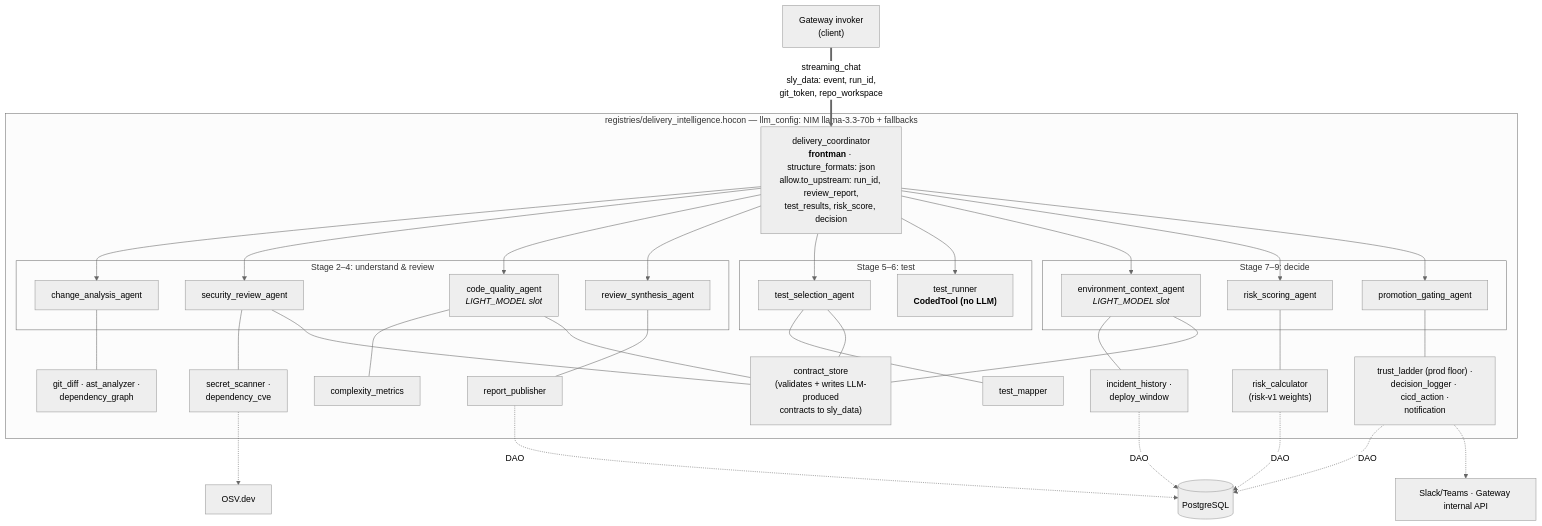
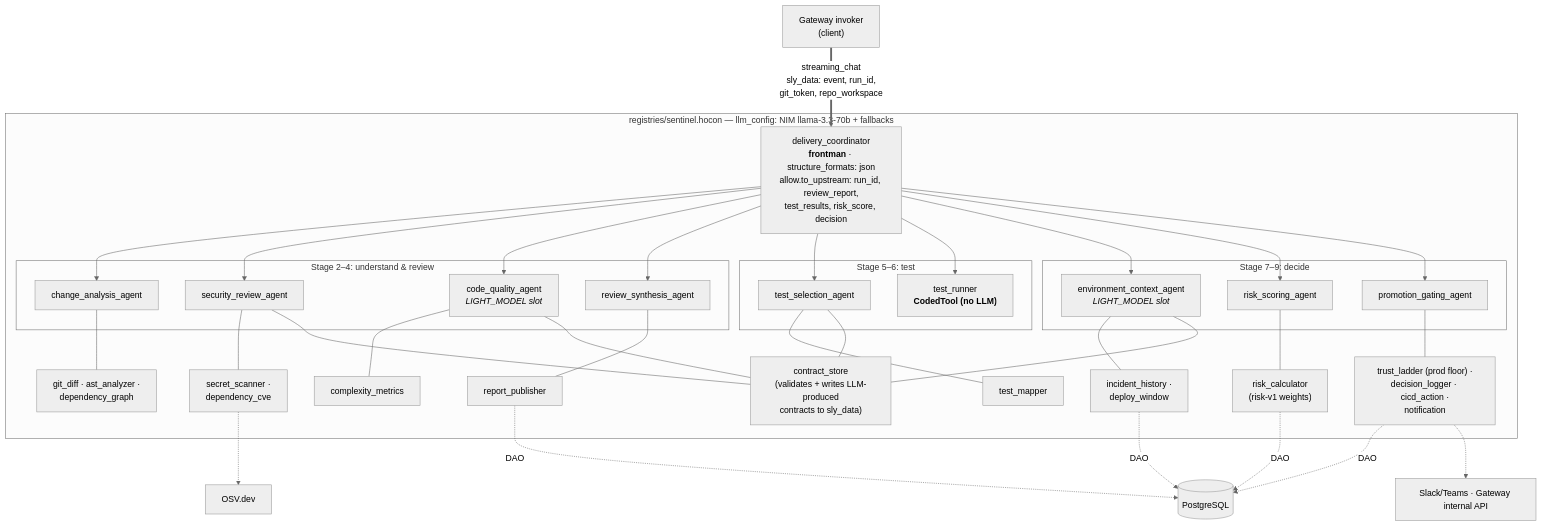
One commit to anandharshit712/Sentinel changed the third of 6 diagrams in docs/solution/05-architecture-diagram.md. Above: the diagram before and after it, drawn with Mermaid (neutral theme). The commit also changed other lines of this file and 37 other files, not shown here.

First line of the commit message:
feat: implement Sentinel foundations (rename, DB, config, contracts, libs, A6)

````diff
--- a/docs/solution/05-architecture-diagram.md
+++ b/docs/solution/05-architecture-diagram.md
@@ -96,49 +96,49 @@
 ```mermaid
 flowchart TD
     GWC["Gateway invoker<br/>(client)"] ==>|"streaming_chat<br/>sly_data: event, run_id,<br/>git_token, repo_workspace"| FM
 
-    subgraph NET["registries/delivery_intelligence.hocon — llm_config: NIM llama-3.3-70b + fallbacks"]
+    subgraph NET["registries/sentinel.hocon — llm_config: NIM llama-3.3-70b + fallbacks"]
         FM["delivery_coordinator<br/><b>frontman</b> · structure_formats: json<br/>allow.to_upstream: run_id, review_report,<br/>test_results, risk_score, decision"]
 
         subgraph STAGE_A["Stage 2–4: understand & review"]
             CA["change_analysis_agent"]
             SR["security_review_agent"]
             QR["code_quality_agent<br/><i>LIGHT_MODEL slot</i>"]
             RS["review_synthesis_agent"]
         end
         subgraph STAGE_B["Stage 5–6: test"]
             TS["test_selection_agent"]
             TE["test_runner<br/><b>CodedTool (no LLM)</b>"]
         end
         subgraph STAGE_C["Stage 7–9: decide"]
             EC["environment_context_agent<br/><i>LIGHT_MODEL slot</i>"]
             RK["risk_scoring_agent"]
             PGA["promotion_gating_agent"]
         end
 
         T_CA["git_diff · ast_analyzer ·<br/>dependency_graph"]
         T_SR["secret_scanner ·<br/>dependency_cve"]
         T_QR["complexity_metrics"]
         T_RS["report_publisher"]
         T_TS["test_mapper"]
         T_EC["incident_history ·<br/>deploy_window"]
         T_RK["risk_calculator<br/>(risk-v1 weights)"]
         T_PG["trust_ladder (prod floor) ·<br/>decision_logger · cicd_action ·<br/>notification"]
         T_CS["contract_store<br/>(validates + writes LLM-produced<br/>contracts to sly_data)"]
 
         FM --> CA & SR & QR & RS & TS & TE & EC & RK & PGA
         CA --- T_CA
         SR --- T_SR
         QR --- T_QR
         RS --- T_RS
         TS --- T_TS
         EC --- T_EC
         RK --- T_RK
         PGA --- T_PG
         SR & QR & TS & EC --- T_CS
     end
 
     T_RS & T_RK & T_PG & T_EC -.->|"DAO"| PG[("PostgreSQL")]
     T_SR -.-> OSV["OSV.dev"]
     T_PG -.-> SLKX["Slack/Teams · Gateway internal API"]
 ```
````
